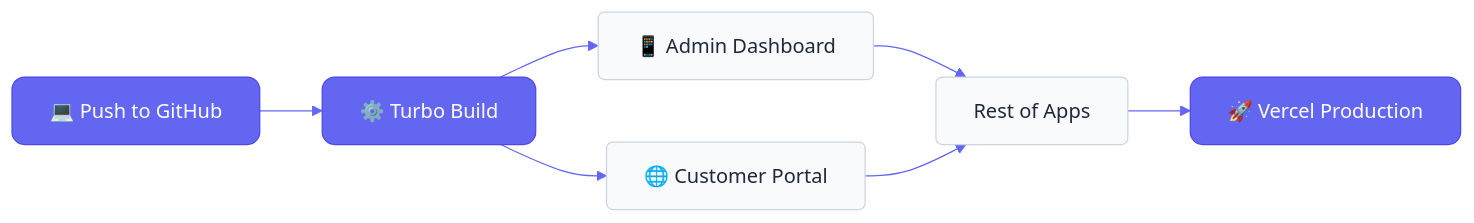
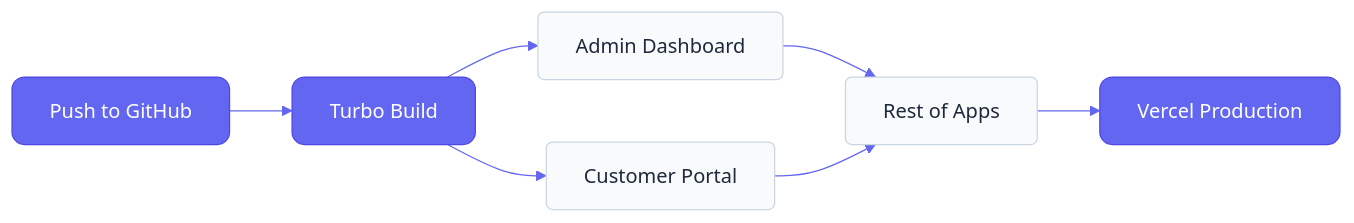
One commit to Hctr2002/Software-Restaurantes changed the diagram in Documentacion/MANUAL_DEPLOY_VERCEL.md. Above: the diagram before and after it, drawn with Mermaid. The commit also changed other lines of this file and 2 other files, not shown here.

````diff
--- a/Documentacion/MANUAL_DEPLOY_VERCEL.md
+++ b/Documentacion/MANUAL_DEPLOY_VERCEL.md
@@ -13,24 +13,24 @@
 ```mermaid
 %%{init: {
   'theme': 'base',
   'themeVariables': {
     'primaryColor': '#1e293b',
     'primaryTextColor': '#ffffff',
     'primaryBorderColor': '#0f172a',
     'lineColor': '#6366f1',
     'secondaryColor': '#10b981',
     'tertiaryColor': '#f8fafc',
     'fontFamily': 'Outfit, sans-serif'
   }
 }}%%
 graph LR
     classDef coreNode fill:#6366f1,stroke:#4f46e5,color:#fff,rx:10,ry:10;
     classDef appNode fill:#f8fafc,stroke:#cbd5e1,color:#1e293b,rx:5,ry:5;
 
-    Commit[💻 Push to GitHub]:::coreNode --> Build[⚙️ Turbo Build]:::coreNode
-    Build --> A[📱 Admin Dashboard]:::appNode
-    Build --> B[🌐 Customer Portal]:::appNode
+    Commit[Push to GitHub]:::coreNode --> Build[Turbo Build]:::coreNode
+    Build --> A[Admin Dashboard]:::appNode
+    Build --> B[Customer Portal]:::appNode
     A --> C[Rest of Apps]:::appNode
     B --> C
-    C --> Prod[🚀 Vercel Production]:::coreNode
+    C --> Prod[Vercel Production]:::coreNode
 ```
````
